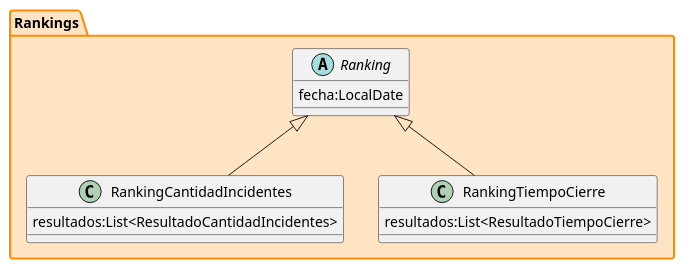
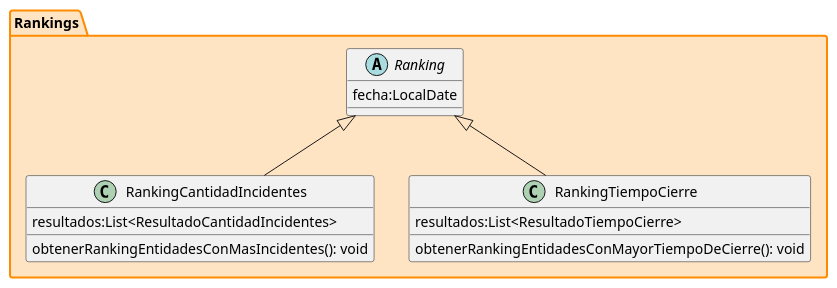
Before and after one commit to tomidandrea/TPA-DDS-2023: the diagram in Entrega-4/out/ranking.puml, drawn with PlantUML. The commit also changed 4 other files, not shown here.

Commit message:
Actualizo el diagrama de clases Entrega-4

```diff
--- a/Entrega-4/out/ranking.puml
+++ b/Entrega-4/out/ranking.puml
@@ -1,14 +1,18 @@
 @startuml
 'https://plantuml.com/class-diagram
 package Rankings #back:bisque;line:darkorange;line.bold {
     abstract class Ranking{
         fecha:LocalDate
     }
     class RankingCantidadIncidentes extends Ranking{
         resultados:List<ResultadoCantidadIncidentes>
+
+        obtenerRankingEntidadesConMasIncidentes(): void
     }
-    class RankingTiempoCierre  extends Ranking{
+    class RankingTiempoCierre extends Ranking{
         resultados:List<ResultadoTiempoCierre>
+
+        obtenerRankingEntidadesConMayorTiempoDeCierre(): void
     }
 }
 @enduml
```
